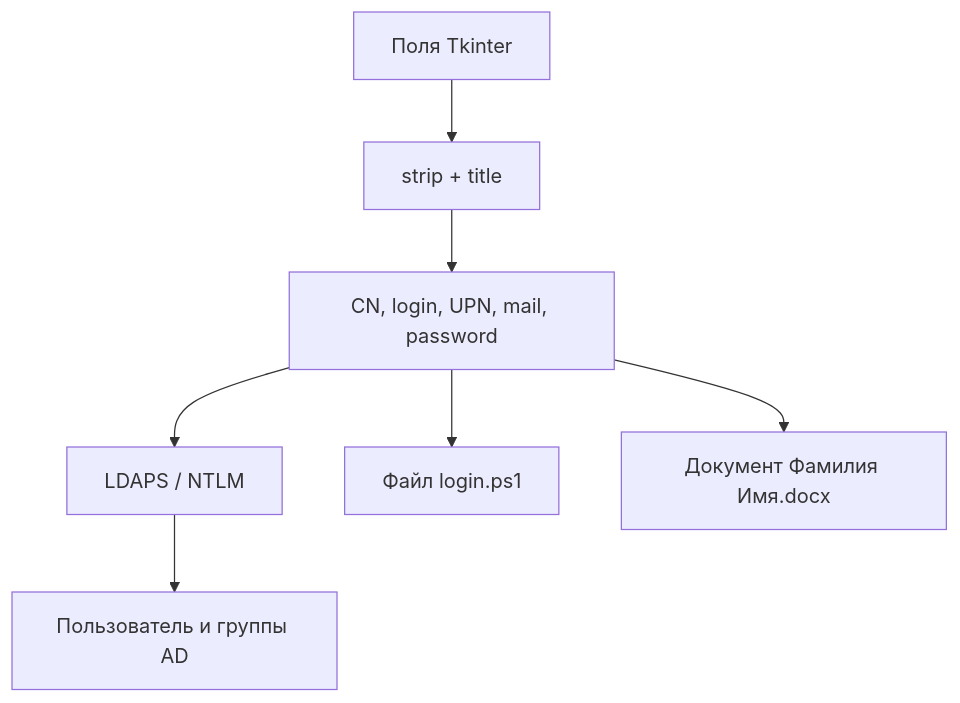
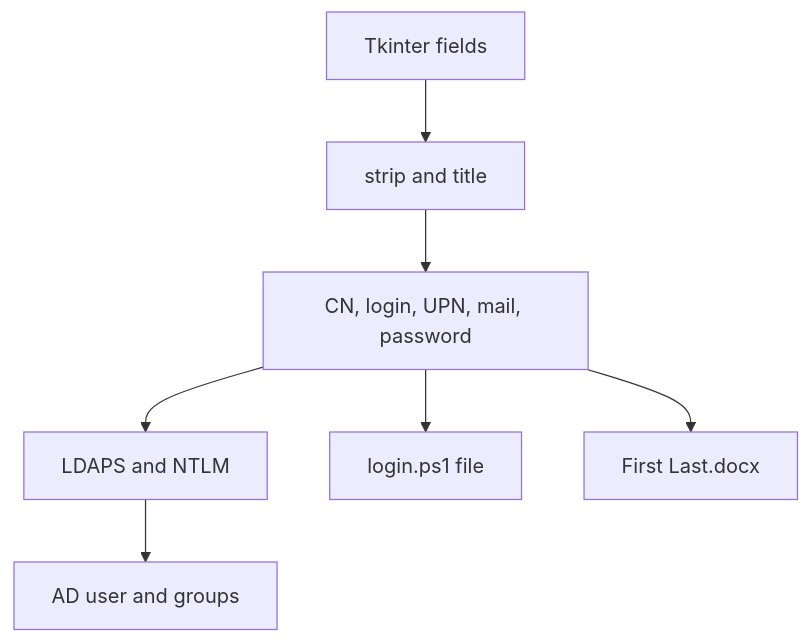
Before and after one commit to NetGraniz/ad_user_tool: the first of 3 diagrams in docs/ARCHITECTURE.md, drawn with Mermaid. The commit also changed other lines of this file and 9 other files, not shown here.

````diff
--- a/docs/ARCHITECTURE.md
+++ b/docs/ARCHITECTURE.md
@@ -25,9 +25,9 @@
 ```mermaid
 flowchart TD
-    UI["Поля Tkinter"] --> Normalize["strip + title"]
+    UI["Tkinter fields"] --> Normalize["strip and title"]
     Normalize --> Identity["CN, login, UPN, mail, password"]
-    Identity --> LDAP["LDAPS / NTLM"]
-    LDAP --> AD["Пользователь и группы AD"]
-    Identity --> PS1["Файл login.ps1"]
-    Identity --> DOCX["Документ Фамилия Имя.docx"]
+    Identity --> LDAP["LDAPS and NTLM"]
+    LDAP --> AD["AD user and groups"]
+    Identity --> PS1["login.ps1 file"]
+    Identity --> DOCX["First Last.docx"]
 ```
````
